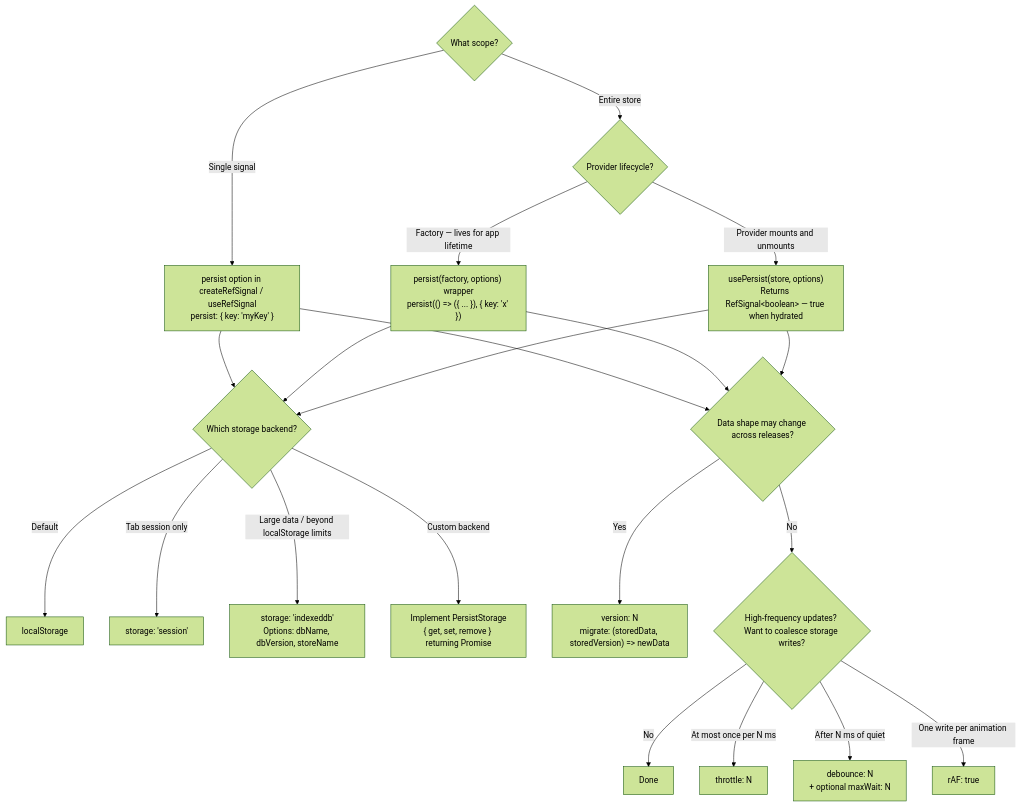
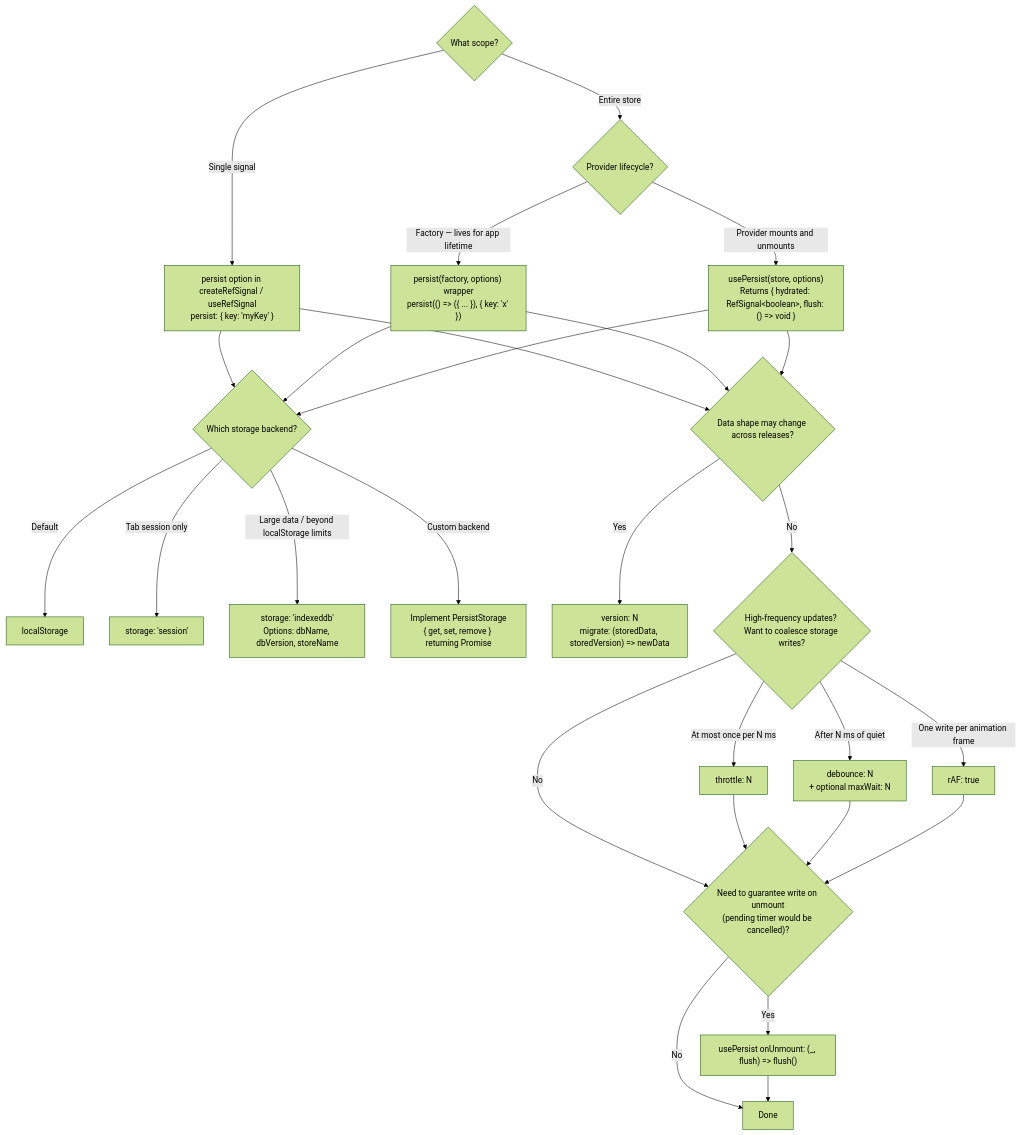
Before and after one commit to jav974/react-refsignal: the eighth of 9 diagrams in docs/decision-tree.md, drawn with Mermaid (forest theme). The commit also changed 6 other files, not shown here.

Commit message:
feat(persist): add filter, flush, and onUnmount to persist API

````diff
--- a/docs/decision-tree.md
+++ b/docs/decision-tree.md
@@ -162,26 +162,31 @@
 ```mermaid
 flowchart TD
     Q1{"What scope?"}
 
     Q1 -->|Single signal| A["persist option in createRefSignal / useRefSignal\npersist: { key: 'myKey' }"]
     Q1 -->|Entire store| Q2{"Provider lifecycle?"}
 
     Q2 -->|"Factory — lives for app lifetime"| B["persist(factory, options) wrapper\npersist(() => ({ ... }), { key: 'x' })"]
-    Q2 -->|Provider mounts and unmounts| C["usePersist(store, options)\nReturns RefSignal&lt;boolean&gt; — true when hydrated"]
+    Q2 -->|Provider mounts and unmounts| C["usePersist(store, options)\nReturns { hydrated: RefSignal&lt;boolean&gt;, flush: () =&gt; void }"]
 
     A & B & C --> Q3{"Which storage backend?"}
     Q3 -->|Default| D["localStorage"]
     Q3 -->|Tab session only| E["storage: 'session'"]
     Q3 -->|"Large data / beyond localStorage limits"| F["storage: 'indexeddb'\nOptions: dbName, dbVersion, storeName"]
     Q3 -->|Custom backend| G["Implement PersistStorage\n{ get, set, remove } returning Promise"]
 
     A & B & C --> Q4{"Data shape may change across releases?"}
     Q4 -->|Yes| H["version: N\nmigrate: (storedData, storedVersion) => newData"]
     Q4 -->|No| Q5
 
     Q5{"High-frequency updates? Want to coalesce storage writes?"}
-    Q5 -->|No| I[Done]
+    Q5 -->|No| Q6
     Q5 -->|"At most once per N ms"| J["throttle: N"]
     Q5 -->|"After N ms of quiet"| K["debounce: N\n+ optional maxWait: N"]
     Q5 -->|"One write per animation frame"| L["rAF: true"]
+
+    J & K & L --> Q6{"Need to guarantee write on unmount\n(pending timer would be cancelled)?"}
+    Q6 -->|No| I[Done]
+    Q6 -->|Yes| M["usePersist onUnmount: (_, flush) => flush()"]
+    M --> I
 ```
````
